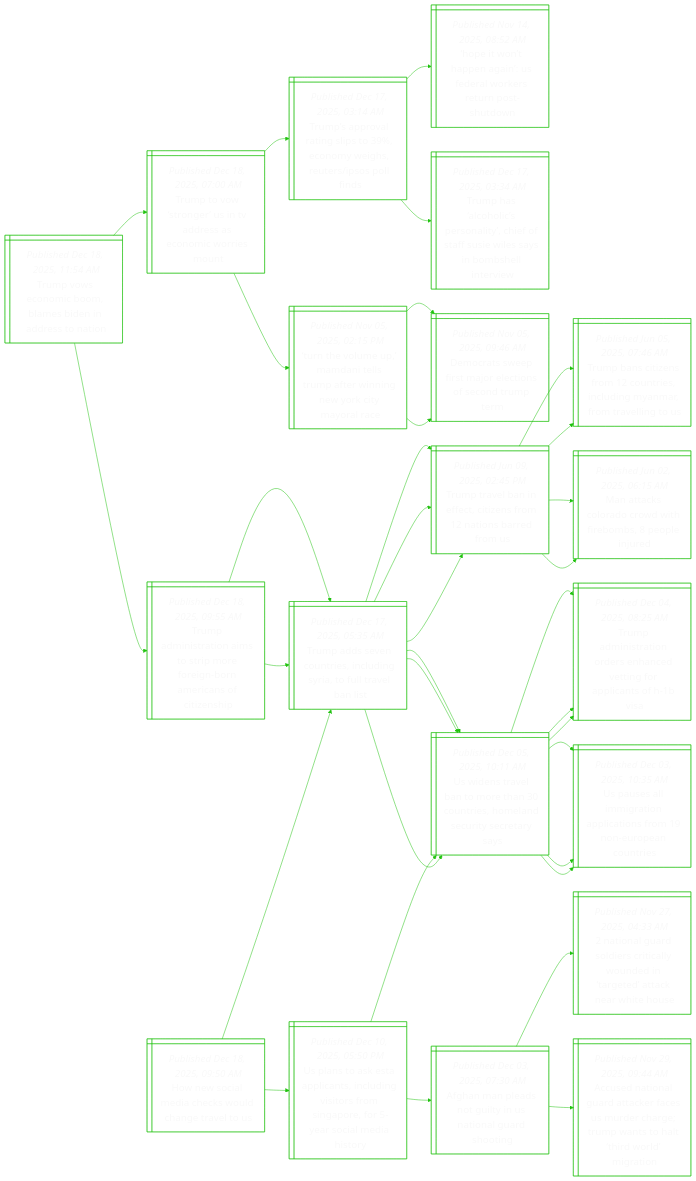
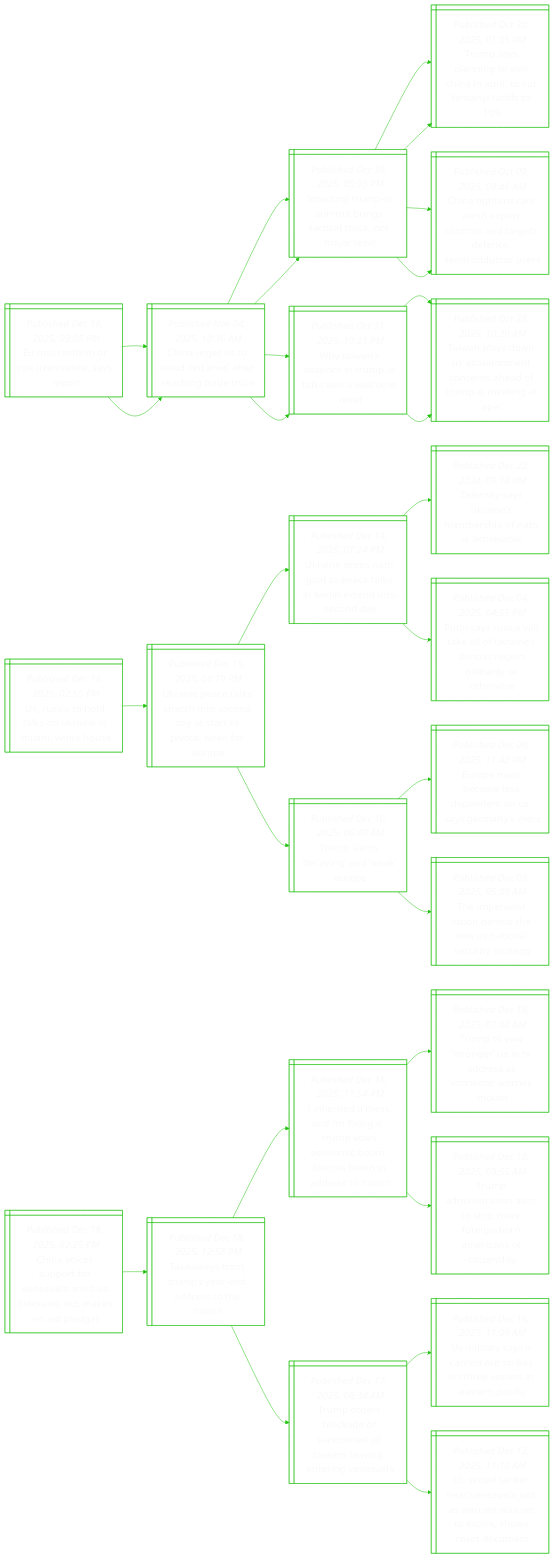
Before and after one commit to notJmes/notJmes: the diagram in README.md, drawn with Mermaid. The commit also changed other lines of this file, not shown here.

````diff
--- a/README.md
+++ b/README.md
@@ -16,112 +16,94 @@
 flowchart LR
 classDef txtsize font-size:20px;
 
-Tvcimeedst@{ shape: win-pane, label: "_Published Dec 18, 2025, 11:54 AM_
-Trump vows economic boom, blames biden in address to nation" }
+Etriraap@{ shape: win-pane, label: "_Published Dec 18, 2025, 03:05 PM_
+Eu must reform or risk irrelevance, says report" }
+CuUveeectt@{ shape: win-pane, label: "_Published Nov 04, 2025, 10:36 AM_
+China urges us to avoid ‘red lines’ after reaching trade truce" }
+Anmubsirooe@{ shape: win-pane, label: "_Published Oct 30, 2025, 05:05 PM_
+‘amazing’ trump-xi summit brings tactical truce, not major reset" }
+Tslnihnltaas@{ shape: win-pane, label: "_Published Oct 30, 2025, 01:05 PM_
+Trump says planning to visit china in april, to cut fentanyl tariffs to 10%" }
+Ctertonsasnmdrs@{ shape: win-pane, label: "_Published Oct 09, 2025, 09:46 AM_
+China tightens rare earth export controls and targets defence, semiconductor users" }
+Wiacriswmi@{ shape: win-pane, label: "_Published Oct 31, 2025, 10:21 PM_
+Why taiwan’s absence in trump-xi talks was a welcome relief" }
+TnsUnensdumnp@{ shape: win-pane, label: "_Published Oct 28, 2025, 10:20 AM_
+Taiwan plays down us abandonment concerns ahead of trump-xi meeting at apec" }
+CuUveeectt@{ shape: win-pane, label: "_Published Nov 04, 2025, 10:36 AM_
+China urges us to avoid ‘red lines’ after reaching trade truce" }
+Anmubsirooe@{ shape: win-pane, label: "_Published Oct 30, 2025, 05:05 PM_
+‘amazing’ trump-xi summit brings tactical truce, not major reset" }
+Tslnihnltaas@{ shape: win-pane, label: "_Published Oct 30, 2025, 01:05 PM_
+Trump says planning to visit china in april, to cut fentanyl tariffs to 10%" }
+Ctertonsasnmdrs@{ shape: win-pane, label: "_Published Oct 09, 2025, 09:46 AM_
+China tightens rare earth export controls and targets defence, semiconductor users" }
+Wiacriswmi@{ shape: win-pane, label: "_Published Oct 31, 2025, 10:21 PM_
+Why taiwan’s absence in trump-xi talks was a welcome relief" }
+TnsUnensdumnp@{ shape: win-pane, label: "_Published Oct 28, 2025, 10:20 AM_
+Taiwan plays down us abandonment concerns ahead of trump-xi meeting at apec" }
+
+Etriraap:::txtsize --> CuUveeectt:::txtsize
+CuUveeectt:::txtsize --> Anmubsirooe:::txtsize
+Anmubsirooe:::txtsize --> Tslnihnltaas:::txtsize
+Anmubsirooe:::txtsize --> Ctertonsasnmdrs:::txtsize
+CuUveeectt:::txtsize --> Wiacriswmi:::txtsize
+Wiacriswmi:::txtsize --> TnsUnensdumnp:::txtsize
+Etriraap:::txtsize --> CuUveeectt:::txtsize
+CuUveeectt:::txtsize --> Anmubsirooe:::txtsize
+Anmubsirooe:::txtsize --> Tslnihnltaas:::txtsize
+Anmubsirooe:::txtsize --> Ctertonsasnmdrs:::txtsize
+CuUveeectt:::txtsize --> Wiacriswmi:::txtsize
+Wiacriswmi:::txtsize --> TnsUnensdumnp:::txtsize
+
+UshaniMWH@{ shape: win-pane, label: "_Published Dec 18, 2025, 02:55 PM_
+Us, russia to hold talks on ukraine in miami: white house" }
+UnckencatfteEe@{ shape: win-pane, label: "_Published Dec 15, 2025, 08:19 PM_
+Ukraine peace talks stretch into second day at start of pivotal week for europe" }
+UnpOackeedsd@{ shape: win-pane, label: "_Published Dec 14, 2025, 07:24 PM_
+Ukraine drops nato goal as peace talks in berlin extend into second day" }
+Zsyamroohb@{ shape: win-pane, label: "_Published Dec 22, 2024, 09:14 PM_
+Zelensky says ukraine’s membership of nato is ‘achievable’" }
+Psuwalrsailiow@{ shape: win-pane, label: "_Published Dec 04, 2025, 04:55 PM_
+Putin says russia will take all of ukraine’s donbas region militarily or otherwise" }
+TsdidEe@{ shape: win-pane, label: "_Published Dec 10, 2025, 06:40 AM_
+Trump slams ‘decaying’ and ‘weak’ europe" }
+EebeddnymM@{ shape: win-pane, label: "_Published Dec 09, 2025, 11:42 PM_
+Europe must become less dependent on us, says germany’s merz" }
+TplibdeaauSe@{ shape: win-pane, label: "_Published Dec 09, 2025, 05:00 AM_
+The imperialist vision behind the new us national security strategy" }
+
+UshaniMWH:::txtsize --> UnckencatfteEe:::txtsize
+UnckencatfteEe:::txtsize --> UnpOackeedsd:::txtsize
+UnpOackeedsd:::txtsize --> Zsyamroohb:::txtsize
+UnpOackeedsd:::txtsize --> Psuwalrsailiow:::txtsize
+UnckencatfteEe:::txtsize --> TsdidEe:::txtsize
+TsdidEe:::txtsize --> EebeddnymM:::txtsize
+TsdidEe:::txtsize --> TplibdeaauSe:::txtsize
+
+CvsorzaSkueid@{ shape: win-pane, label: "_Published Dec 18, 2025, 02:25 PM_
+China voices support for venezuela amid us blockade, but makes no aid pledges" }
+Twruedett@{ shape: win-pane, label: "_Published Dec 18, 2025, 12:58 PM_
+Takeaways from trump’s year-end address to the nation" }
+IraafguwnblBiroo@{ shape: win-pane, label: "_Published Dec 18, 2025, 11:54 AM_
+‘i inherited a mess, and i’m fixing it’: trump vows economic boom, blames biden in address to nation" }
 Ttsgidsociu@{ shape: win-pane, label: "_Published Dec 18, 2025, 07:00 AM_
 Trump to vow ‘stronger’ us in tv address as economic worries mount" }
-TsoastneRrols@{ shape: win-pane, label: "_Published Dec 17, 2025, 03:14 AM_
-Trump’s approval rating slips to 39%, economy weighs, reuters/ipsos poll finds" }
-Hthnndwrust@{ shape: win-pane, label: "_Published Nov 14, 2025, 08:52 AM_
-‘hope it won’t happen again’: us federal workers return post-shutdown" }
-Thcirlhffesiblr@{ shape: win-pane, label: "_Published Dec 17, 2025, 03:34 AM_
-Trump has ‘alcoholic’s personality’, chief of staff susie wiles says in bombshell interview" }
-ThuMnlmenekmae@{ shape: win-pane, label: "_Published Nov 05, 2025, 02:15 PM_
-‘turn the volume up,’ mamdani tells trump after winning new york city mayoral race" }
-Drwialosdp@{ shape: win-pane, label: "_Published Nov 05, 2025, 09:46 AM_
-Democrats sweep first major elections of second trump term" }
-Drwialosdp@{ shape: win-pane, label: "_Published Nov 05, 2025, 09:46 AM_
-Democrats sweep first major elections of second trump term" }
 TaitismonAcfzi@{ shape: win-pane, label: "_Published Dec 18, 2025, 09:55 AM_
 Trump administration aims to strip more foreign-born americans of citizenship" }
-Taeoicniuaat@{ shape: win-pane, label: "_Published Dec 17, 2025, 05:35 AM_
-Trump adds seven countries, including syria, to full travel ban list" }
-Ttlncifasem@{ shape: win-pane, label: "_Published Jun 09, 2025, 02:45 PM_
-Trump travel ban in effect, citizens from 12 nations barred from us" }
-Ueaaoansletry@{ shape: win-pane, label: "_Published Dec 05, 2025, 10:11 AM_
-Us widens travel ban to more than 30 countries, homeland security secretary says" }
+Toskftdasitgz@{ shape: win-pane, label: "_Published Dec 17, 2025, 08:34 AM_
+Trump orders blockade of sanctioned oil tankers leaving, entering venezuela" }
+Uistitktvlanf@{ shape: win-pane, label: "_Published Dec 16, 2025, 11:09 AM_
+Us military says it carried out strikes on three vessels in eastern pacific" }
+Uznenltrwtphoon@{ shape: win-pane, label: "_Published Dec 13, 2025, 11:10 AM_
+Us seized tanker near venezuela just as warrant was set to expire, shows court document" }
 
-Tvcimeedst:::txtsize --> Ttsgidsociu:::txtsize
-Ttsgidsociu:::txtsize --> TsoastneRrols:::txtsize
-TsoastneRrols:::txtsize --> Hthnndwrust:::txtsize
-TsoastneRrols:::txtsize --> Thcirlhffesiblr:::txtsize
-Ttsgidsociu:::txtsize --> ThuMnlmenekmae:::txtsize
-ThuMnlmenekmae:::txtsize --> Drwialosdp:::txtsize
-ThuMnlmenekmae:::txtsize --> Drwialosdp:::txtsize
-Tvcimeedst:::txtsize --> TaitismonAcfzi:::txtsize
-TaitismonAcfzi:::txtsize --> Taeoicniuaat:::txtsize
-Taeoicniuaat:::txtsize --> Ttlncifasem:::txtsize
-Taeoicniuaat:::txtsize --> Ueaaoansletry:::txtsize
-
-TaitismonAcfzi@{ shape: win-pane, label: "_Published Dec 18, 2025, 09:55 AM_
-Trump administration aims to strip more foreign-born americans of citizenship" }
-Taeoicniuaat@{ shape: win-pane, label: "_Published Dec 17, 2025, 05:35 AM_
-Trump adds seven countries, including syria, to full travel ban list" }
-Ttlncifasem@{ shape: win-pane, label: "_Published Jun 09, 2025, 02:45 PM_
-Trump travel ban in effect, citizens from 12 nations barred from us" }
-Tbinmtidyrtlt@{ shape: win-pane, label: "_Published Jun 05, 2025, 07:46 AM_
-Trump bans citizens from 12 countries, including myanmar, from travelling to us" }
-MtCaoteslu@{ shape: win-pane, label: "_Published Jun 02, 2025, 06:15 AM_
-Man attacks colorado crowd with firebombs, 8 people injured" }
-Ueaaoansletry@{ shape: win-pane, label: "_Published Dec 05, 2025, 10:11 AM_
-Us widens travel ban to more than 30 countries, homeland security secretary says" }
-TaitrectfpnHa@{ shape: win-pane, label: "_Published Dec 04, 2025, 08:25 AM_
-Trump administration orders enhanced vetting for applicants of h-1b visa" }
-Uslgolirnpoi@{ shape: win-pane, label: "_Published Dec 03, 2025, 10:35 AM_
-Us pauses all immigration applications from 19 non-european countries" }
-
-TaitismonAcfzi:::txtsize --> Taeoicniuaat:::txtsize
-Taeoicniuaat:::txtsize --> Ttlncifasem:::txtsize
-Ttlncifasem:::txtsize --> Tbinmtidyrtlt:::txtsize
-Ttlncifasem:::txtsize --> MtCaoteslu:::txtsize
-Taeoicniuaat:::txtsize --> Ueaaoansletry:::txtsize
-Ueaaoansletry:::txtsize --> TaitrectfpnHa:::txtsize
-Ueaaoansletry:::txtsize --> Uslgolirnpoi:::txtsize
-
-Hwaicuart@{ shape: win-pane, label: "_Published Dec 18, 2025, 09:50 AM_
-How new social media checks would change travel to us" }
-UnsAisuvoogeeceiy@{ shape: win-pane, label: "_Published Dec 10, 2025, 05:50 PM_
-Us plans to ask esta applicants, including visitors from singapore, for 5-year social media history" }
-Ueaaoansletry@{ shape: win-pane, label: "_Published Dec 05, 2025, 10:11 AM_
-Us widens travel ban to more than 30 countries, homeland security secretary says" }
-TaitrectfpnHa@{ shape: win-pane, label: "_Published Dec 04, 2025, 08:25 AM_
-Trump administration orders enhanced vetting for applicants of h-1b visa" }
-Uslgolirnpoi@{ shape: win-pane, label: "_Published Dec 03, 2025, 10:35 AM_
-Us pauses all immigration applications from 19 non-european countries" }
-Anlnintldt@{ shape: win-pane, label: "_Published Dec 03, 2025, 07:30 AM_
-Afghan man pleads not guilty in us national guard shooting" }
-Nnalsiydttteiu@{ shape: win-pane, label: "_Published Nov 27, 2025, 04:33 AM_
-2 national guard soldiers critically wounded in ‘targeted’ attack near white house" }
-AeiGakcmrgmtairgo@{ shape: win-pane, label: "_Published Nov 29, 2025, 09:44 AM_
-Accused national guard attacker faces us murder charge; trump wants to halt ‘third world’ migration" }
-Taeoicniuaat@{ shape: win-pane, label: "_Published Dec 17, 2025, 05:35 AM_
-Trump adds seven countries, including syria, to full travel ban list" }
-Ttlncifasem@{ shape: win-pane, label: "_Published Jun 09, 2025, 02:45 PM_
-Trump travel ban in effect, citizens from 12 nations barred from us" }
-Tbinmtidyrtlt@{ shape: win-pane, label: "_Published Jun 05, 2025, 07:46 AM_
-Trump bans citizens from 12 countries, including myanmar, from travelling to us" }
-MtCaoteslu@{ shape: win-pane, label: "_Published Jun 02, 2025, 06:15 AM_
-Man attacks colorado crowd with firebombs, 8 people injured" }
-Ueaaoansletry@{ shape: win-pane, label: "_Published Dec 05, 2025, 10:11 AM_
-Us widens travel ban to more than 30 countries, homeland security secretary says" }
-TaitrectfpnHa@{ shape: win-pane, label: "_Published Dec 04, 2025, 08:25 AM_
-Trump administration orders enhanced vetting for applicants of h-1b visa" }
-Uslgolirnpoi@{ shape: win-pane, label: "_Published Dec 03, 2025, 10:35 AM_
-Us pauses all immigration applications from 19 non-european countries" }
-
-Hwaicuart:::txtsize --> UnsAisuvoogeeceiy:::txtsize
-UnsAisuvoogeeceiy:::txtsize --> Ueaaoansletry:::txtsize
-Ueaaoansletry:::txtsize --> TaitrectfpnHa:::txtsize
-Ueaaoansletry:::txtsize --> Uslgolirnpoi:::txtsize
-UnsAisuvoogeeceiy:::txtsize --> Anlnintldt:::txtsize
-Anlnintldt:::txtsize --> Nnalsiydttteiu:::txtsize
-Anlnintldt:::txtsize --> AeiGakcmrgmtairgo:::txtsize
-Hwaicuart:::txtsize --> Taeoicniuaat:::txtsize
-Taeoicniuaat:::txtsize --> Ttlncifasem:::txtsize
-Ttlncifasem:::txtsize --> Tbinmtidyrtlt:::txtsize
-Ttlncifasem:::txtsize --> MtCaoteslu:::txtsize
-Taeoicniuaat:::txtsize --> Ueaaoansletry:::txtsize
-Ueaaoansletry:::txtsize --> TaitrectfpnHa:::txtsize
-Ueaaoansletry:::txtsize --> Uslgolirnpoi:::txtsize
+CvsorzaSkueid:::txtsize --> Twruedett:::txtsize
+Twruedett:::txtsize --> IraafguwnblBiroo:::txtsize
+IraafguwnblBiroo:::txtsize --> Ttsgidsociu:::txtsize
+IraafguwnblBiroo:::txtsize --> TaitismonAcfzi:::txtsize
+Twruedett:::txtsize --> Toskftdasitgz:::txtsize
+Toskftdasitgz:::txtsize --> Uistitktvlanf:::txtsize
+Toskftdasitgz:::txtsize --> Uznenltrwtphoon:::txtsize
 
 ```
````
